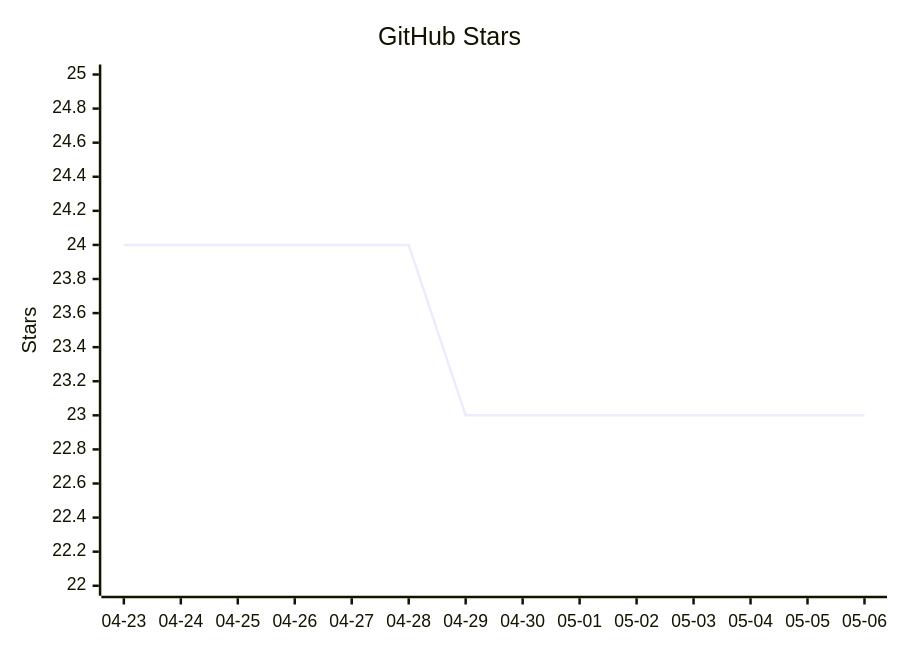
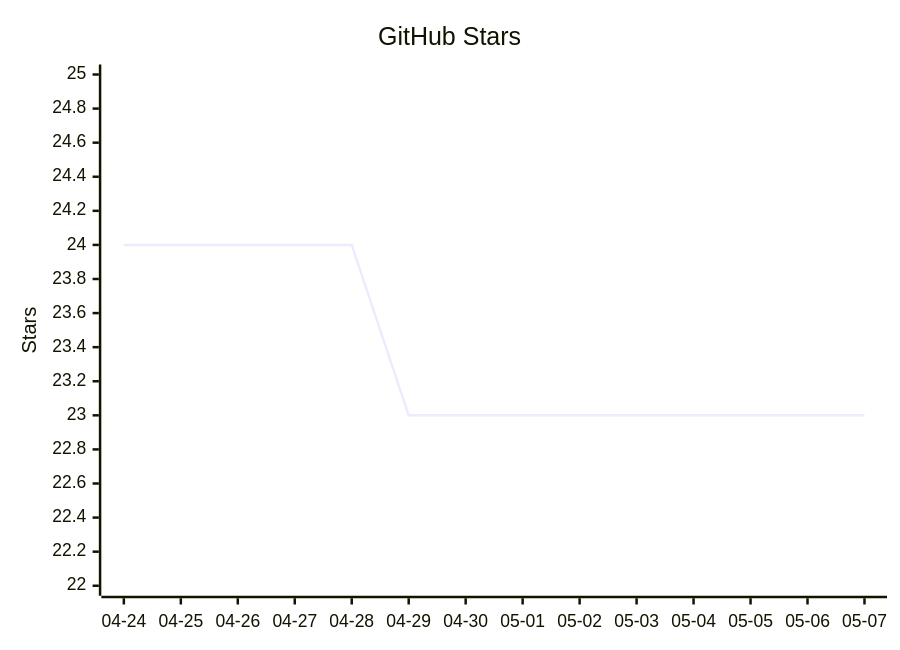
The diagram in README.mbt.md (vectie/moonclaw), drawn with Mermaid before and after one commit. The commit also changed other lines of this file and 1 other file, not shown here.

Commit message:
Update README star growth

````diff
--- a/README.mbt.md
+++ b/README.mbt.md
@@ -489,7 +489,7 @@
 ```mermaid
 xychart-beta
     title "GitHub Stars"
-    x-axis ["04-23","04-24","04-25","04-26","04-27","04-28","04-29","04-30","05-01","05-02","05-03","05-04","05-05","05-06"]
+    x-axis ["04-24","04-25","04-26","04-27","04-28","04-29","04-30","05-01","05-02","05-03","05-04","05-05","05-06","05-07"]
     y-axis "Stars" 22 --> 25
-    line [24,24,24,24,24,24,23,23,23,23,23,23,23,23]
+    line [24,24,24,24,24,23,23,23,23,23,23,23,23,23]
 ```
````
